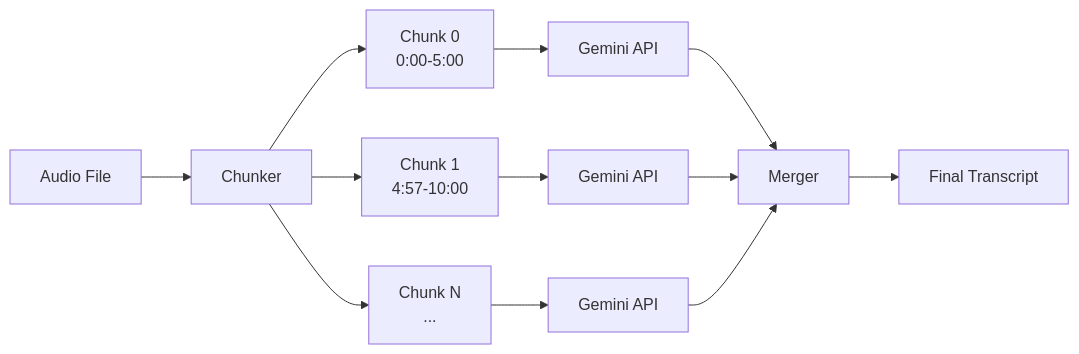
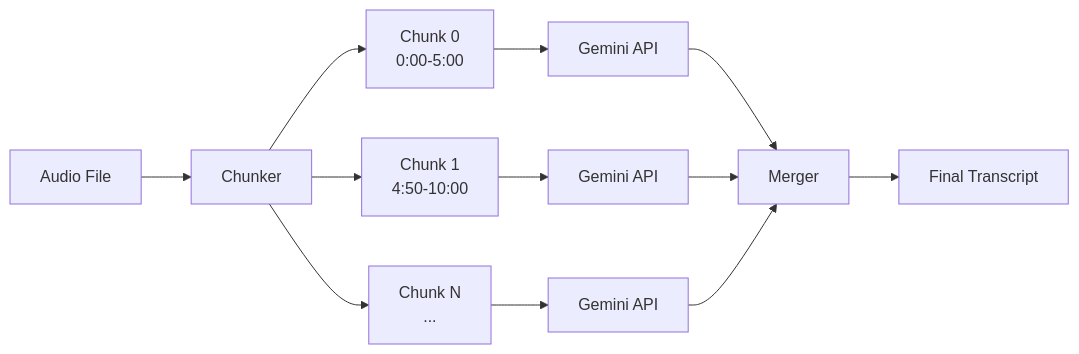
The diagram in docs/Chunk_Boundary_Transcription_Loss_Analysis.md (DavidArakelyan/STT-tool), drawn with Mermaid before and after one commit. The commit also changed other lines of this file and 12 other files, not shown here.

````diff
--- a/docs/Chunk_Boundary_Transcription_Loss_Analysis.md
+++ b/docs/Chunk_Boundary_Transcription_Loss_Analysis.md
@@ -9,14 +9,14 @@
 ```mermaid
 graph LR
     A[Audio File] --> B[Chunker]
     B --> C[Chunk 0<br>0:00-5:00]
-    B --> D[Chunk 1<br>4:57-10:00]
+    B --> D[Chunk 1<br>4:50-10:00]
     B --> E[Chunk N<br>...]
     C --> F[Gemini API]
     D --> G[Gemini API]
     E --> H[Gemini API]
     F --> I[Merger]
     G --> I
     H --> I
     I --> J[Final Transcript]
 ```
````
